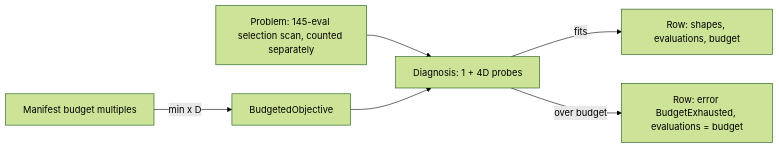
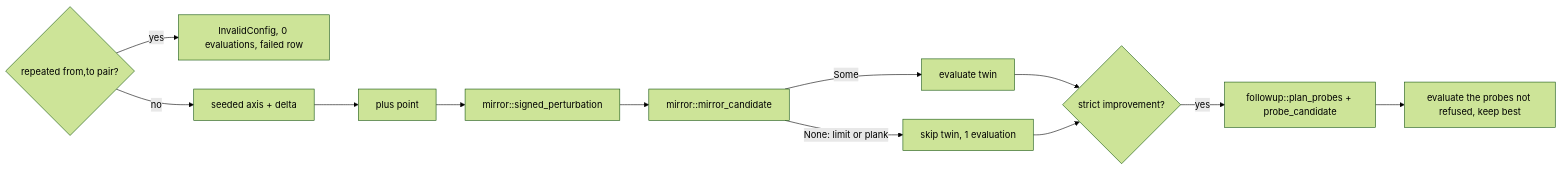
One commit to stSoftwareAU/NEAT-AI-Lamarck changed the diagram in docs/archive/pr-summaries/pr-summary-266.md. Above: the diagram before and after it, drawn with Mermaid (forest theme). The commit also changed other lines of this file, not shown here.

````diff
--- a/docs/archive/pr-summaries/pr-summary-266.md
+++ b/docs/archive/pr-summaries/pr-summary-266.md
@@ -39,8 +47,14 @@
 ```mermaid
 flowchart LR
-    M[Manifest budget multiples] -->|min x D| B[BudgetedObjective]
-    P[Problem: 145-eval selection scan, counted separately] --> D[Diagnosis: 1 + 4D probes]
-    B --> D
-    D -->|fits| R[Row: shapes, evaluations, budget]
-    D -->|over budget| E[Row: error BudgetExhausted, evaluations = budget]
+    G{repeated from,to pair?} -->|yes| X[InvalidConfig, 0 evaluations, failed row]
+    G -->|no| R[seeded axis + delta]
+    R --> P[plus point]
+    P --> S[mirror::signed_perturbation]
+    S --> M[mirror::mirror_candidate]
+    M -->|Some| T[evaluate twin]
+    M -->|None: limit or plank| K[skip twin, 1 evaluation]
+    T --> A{strict improvement?}
+    K --> A
+    A -->|yes| F[followup::plan_probes + probe_candidate]
+    F --> E[evaluate the probes not refused, keep best]
 ```
````
